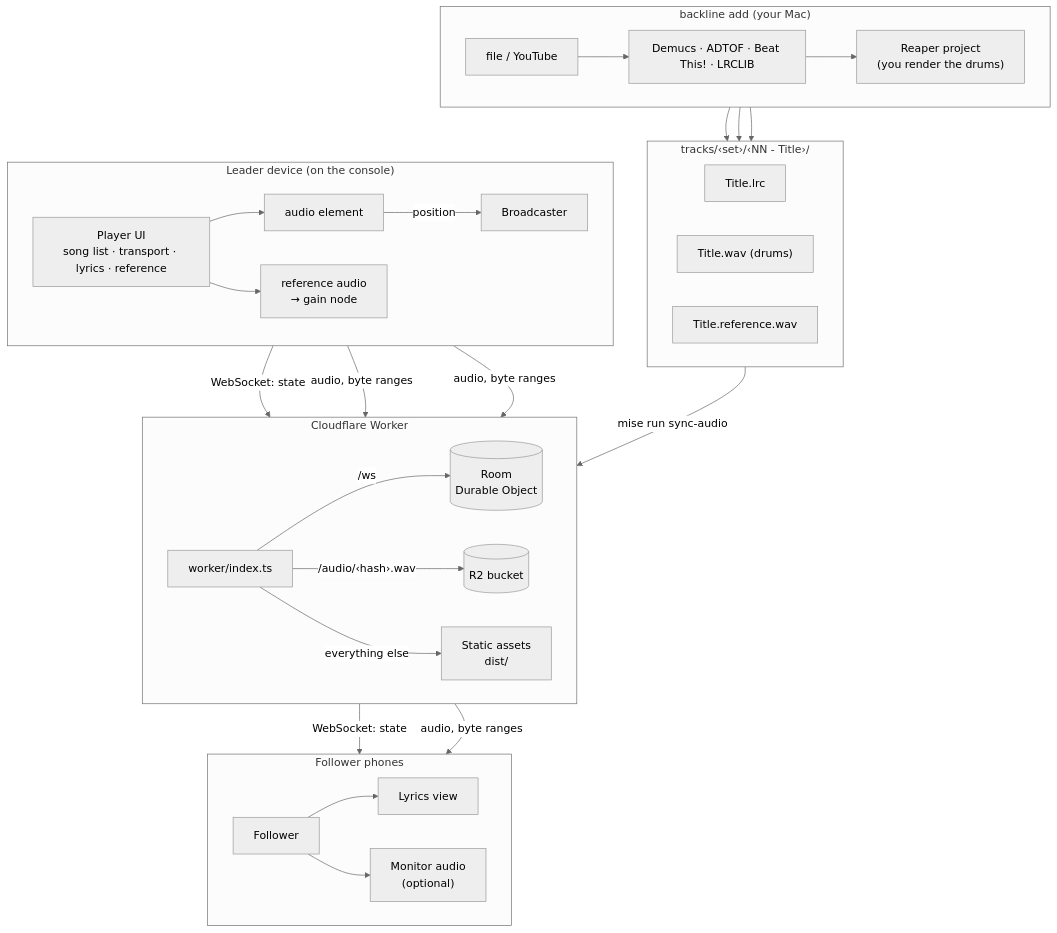
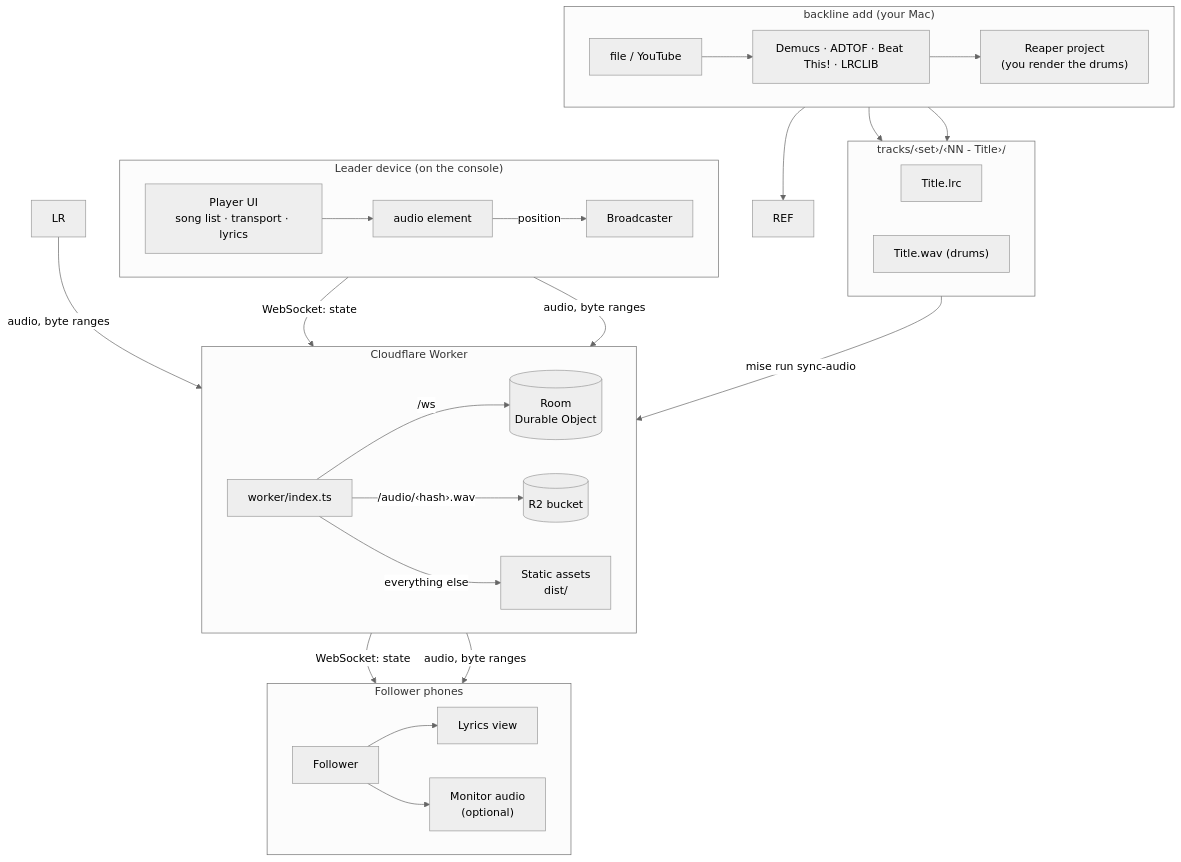
The first of 2 diagrams in README.md (lucasefe/band-companion), drawn with Mermaid (neutral theme) before and after one commit. The commit also changed other lines of this file and 35 other files, not shown here.

````diff
--- a/README.md
+++ b/README.md
@@ -312,58 +312,55 @@
 ```mermaid
 flowchart TB
     subgraph import["backline add (your Mac)"]
         direction LR
         SRC["file / YouTube"]
         ML["Demucs · ADTOF · Beat This! · LRCLIB"]
         RPP["Reaper project<br/>(you render the drums)"]
         SRC --> ML --> RPP
     end
 
     subgraph tracks["tracks/‹set›/‹NN - Title›/"]
         direction LR
         LRC["Title.lrc"]
         WAV["Title.wav (drums)"]
-        REF["Title.reference.wav"]
     end
 
     subgraph leader["Leader device (on the console)"]
         direction LR
-        LUI["Player UI<br/>song list · transport · lyrics · reference"]
+        LUI["Player UI<br/>song list · transport · lyrics"]
         LA["audio element"]
-        LR["reference audio<br/>→ gain node"]
         LB["Broadcaster"]
         LUI --> LA
-        LUI --> LR
         LA -- "position" --> LB
     end
 
     subgraph cf["Cloudflare Worker"]
         direction LR
         DO[("Room<br/>Durable Object")]
         W["worker/index.ts"]
         R2[("R2 bucket")]
         AS["Static assets<br/>dist/"]
         W -- "/ws" --> DO
         W -- "/audio/‹hash›.wav" --> R2
         W -- "everything else" --> AS
     end
 
     subgraph followers["Follower phones"]
         direction LR
         FUI["Lyrics view"]
         FF["Follower"]
         FM["Monitor audio<br/>(optional)"]
         FF --> FUI
         FF --> FM
     end
 
     ML --> LRC
     ML --> REF
     RPP --> WAV
     tracks -- "mise run sync-audio" --> R2
     LB -- "WebSocket: state" --> W
     LA -- "audio, byte ranges" --> W
     LR -- "audio, byte ranges" --> W
     W -- "WebSocket: state" --> FF
     W -- "audio, byte ranges" --> FM
 ```
````
